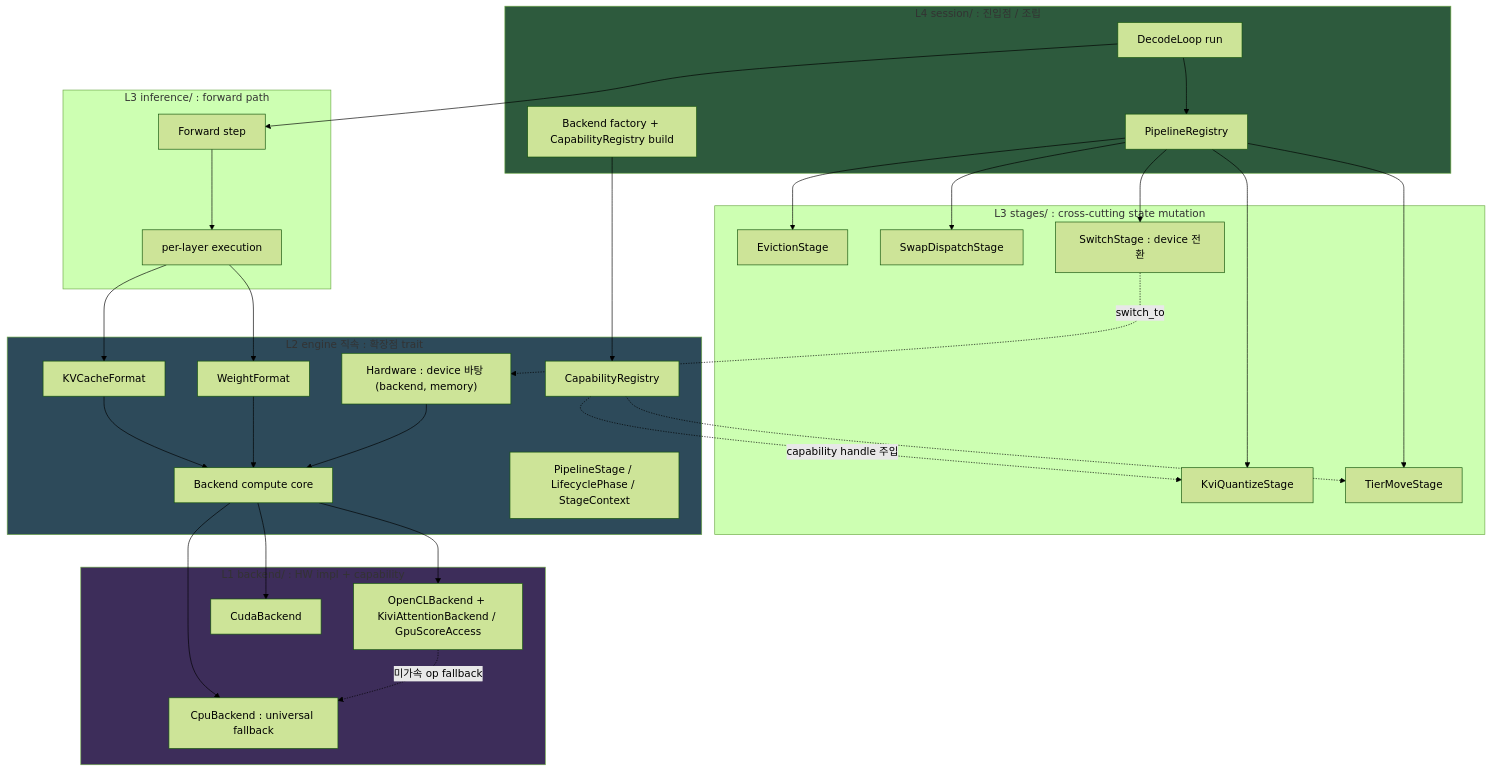
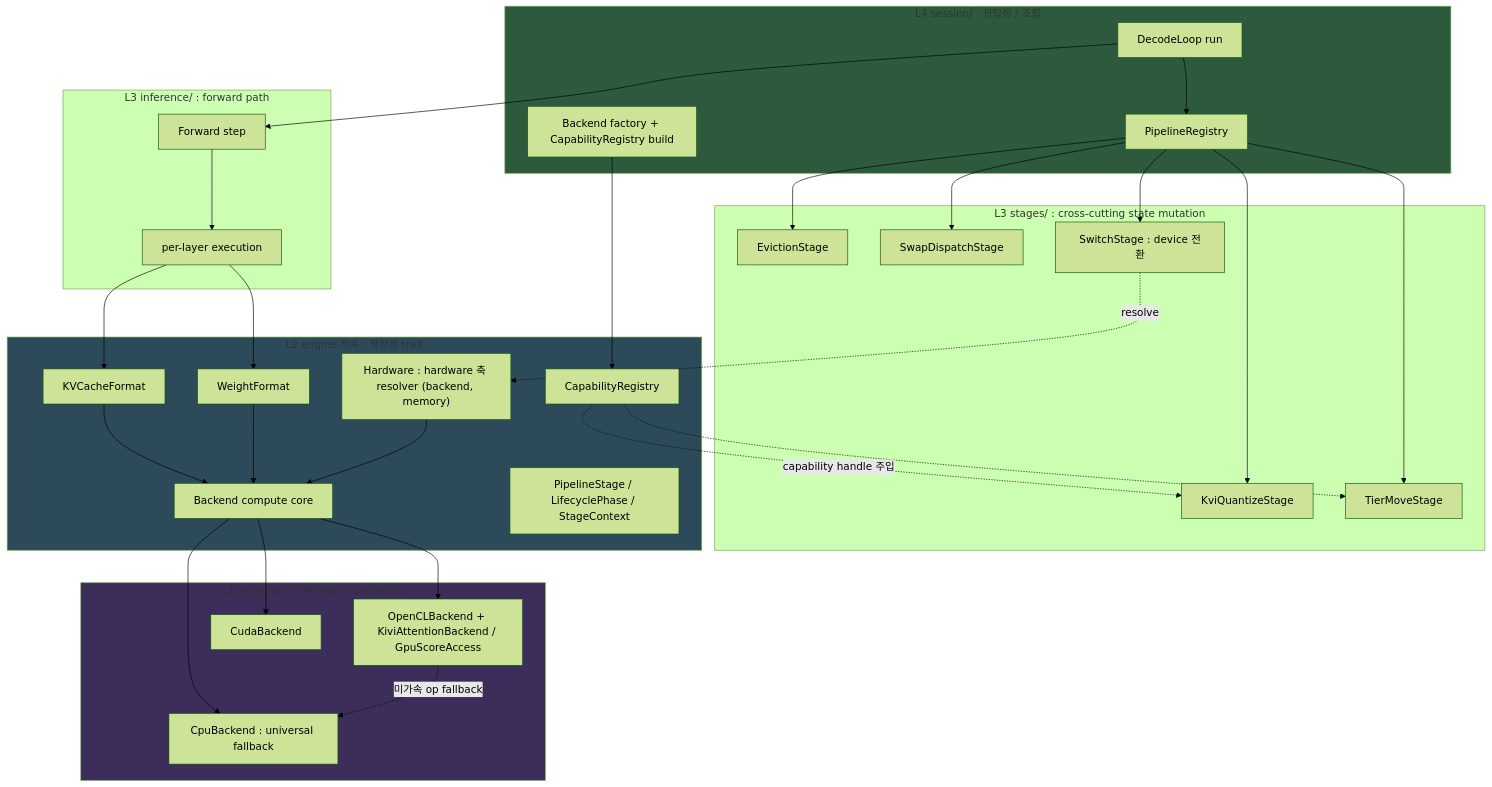
One commit to hedone21/llm_rs2 changed the diagram in arch/pipeline_stage_design_v2.md. Above: the diagram before and after it, drawn with Mermaid (forest theme). The commit also changed other lines of this file and 1 other file, not shown here.

First line of the commit message:
docs(arch): device 3축 재확정 (stage/format/hardware) + item1/2 grill 해소

````diff
--- a/arch/pipeline_stage_design_v2.md
+++ b/arch/pipeline_stage_design_v2.md
@@ -30,62 +30,62 @@
 ```mermaid
 flowchart TB
     subgraph L4["L4 session/ : 진입점 / 조립"]
         decode["DecodeLoop run"]
         registry["PipelineRegistry"]
         factory["Backend factory + CapabilityRegistry build"]
     end
 
     subgraph L3stage["L3 stages/ : cross-cutting state mutation"]
         evict["EvictionStage"]
         swap["SwapDispatchStage"]
         kivi_q["KviQuantizeStage"]
         tier["TierMoveStage"]
         sw["SwitchStage : device 전환"]
     end
 
     subgraph L3inf["L3 inference/ : forward path"]
         fwd["Forward step"]
         layerexec["per-layer execution"]
     end
 
     subgraph L2["L2 engine 직속 : 확장점 trait"]
         be["Backend compute core"]
-        hw["Hardware : device 바탕 (backend, memory)"]
+        hw["Hardware : hardware 축 resolver (backend, memory)"]
         kvl["KVCacheFormat"]
         wl["WeightFormat"]
         ps["PipelineStage / LifecyclePhase / StageContext"]
         caps["CapabilityRegistry"]
     end
 
     subgraph L1["L1 backend/ : HW impl + capability"]
         cpu["CpuBackend : universal fallback"]
         ocl["OpenCLBackend + KiviAttentionBackend / GpuScoreAccess"]
         cuda["CudaBackend"]
     end
 
     decode --> registry
     decode --> fwd
     factory --> caps
     registry --> evict
     registry --> swap
     registry --> kivi_q
     registry --> tier
     registry --> sw
     fwd --> layerexec
     layerexec --> kvl
     layerexec --> wl
     kvl --> be
     wl --> be
     hw --> be
-    sw -.->|switch_to| hw
+    sw -.->|resolve| hw
     be --> cpu
     be --> ocl
     be --> cuda
     caps -.->|capability handle 주입| kivi_q
     caps -.-> tier
     ocl -.->|미가속 op fallback| cpu
 
     style L2 fill:#2d4a5a
     style L1 fill:#3d2d5a
     style L4 fill:#2d5a3d
 ```
````
